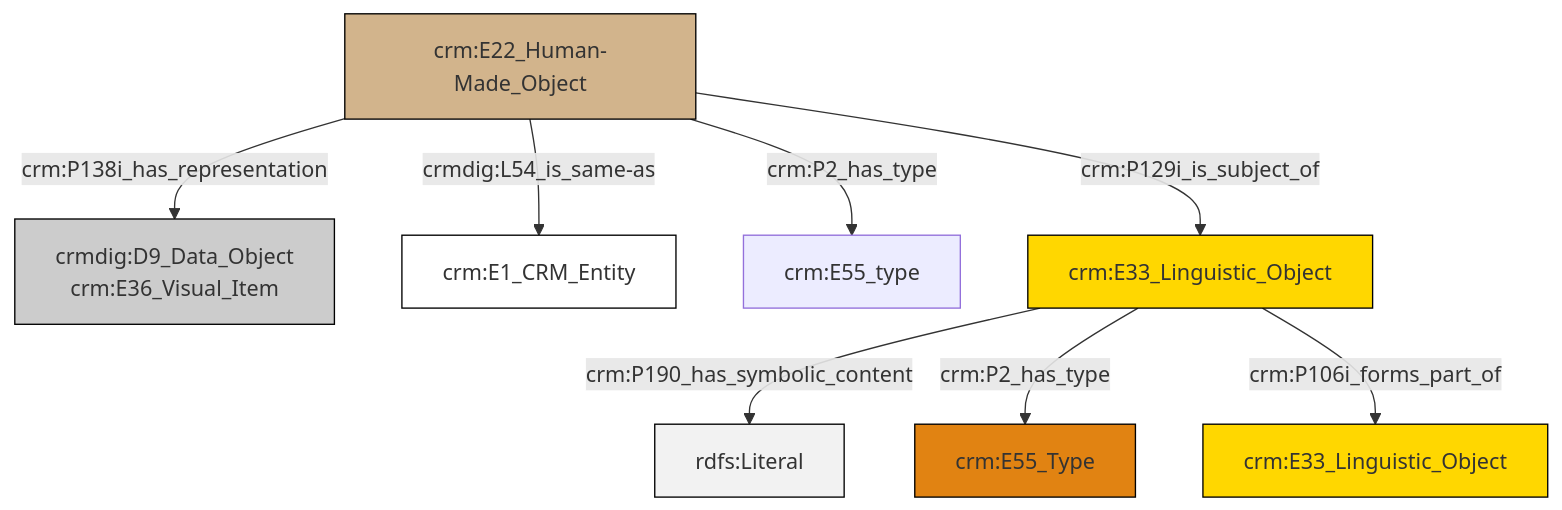
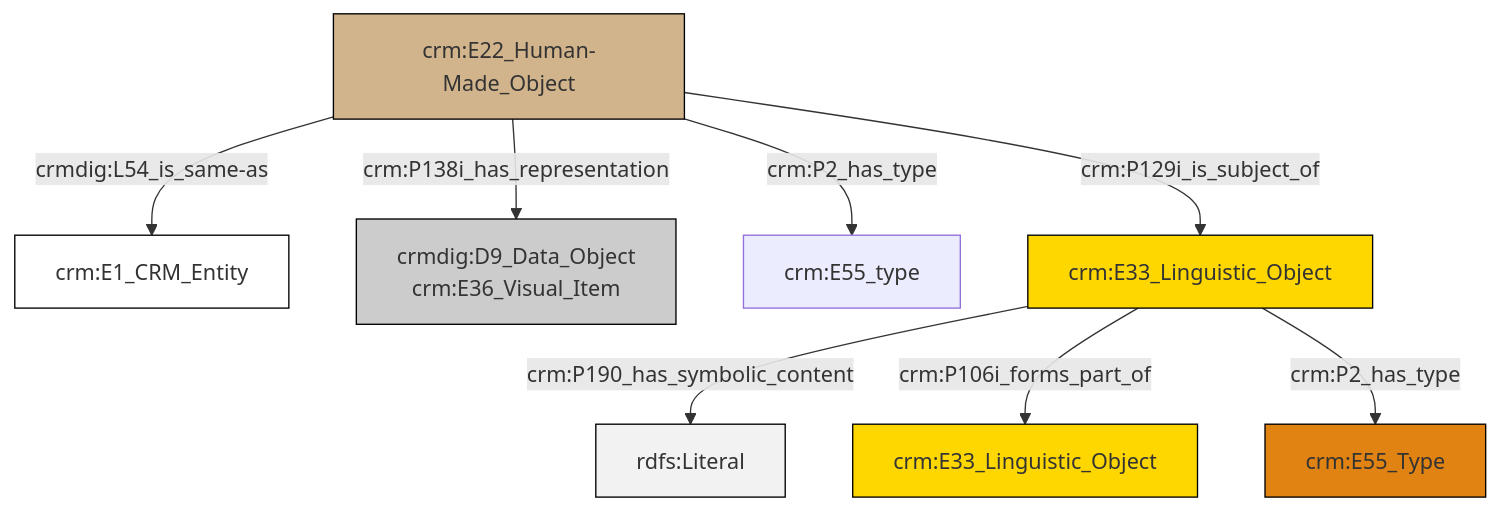
Before and after one commit to swiss-art-research-net/reference-data-models: the diagram in et/artworkCSV/ttl/mmd/Artwork_Documentation.ttl.mmd, drawn with Mermaid. The commit also changed 119 other files, not shown here.

```diff
--- a/et/artworkCSV/ttl/mmd/Artwork_Documentation.ttl.mmd
+++ b/et/artworkCSV/ttl/mmd/Artwork_Documentation.ttl.mmd
@@ -1,22 +1,22 @@
 graph TD
 classDef Literal fill:#f2f2f2,stroke:#000000;
 classDef CRM_Entity fill:#FFFFFF,stroke:#000000;
 classDef Temporal_Entity fill:#00C9E6, stroke:#000000;
 classDef Type fill:#E18312, stroke:#000000;
 classDef Time-Span fill:#2C9C91, stroke:#000000;
 classDef Appellation fill:#FFEB7F, stroke:#000000;
 classDef Place fill:#008836, stroke:#000000;
 classDef Persistent_Item fill:#B266B2, stroke:#000000;
 classDef Conceptual_Object fill:#FFD700, stroke:#000000;
 classDef Physical_Thing fill:#D2B48C, stroke:#000000;
 classDef Actor fill:#f58aad, stroke:#000000;
 classDef PC_Classes fill:#4ce600, stroke:#000000;
 classDef Multi fill:#cccccc,stroke:#000000;
 
-0["crm:E22_Human-Made_Object"]:::Physical_Thing -->|crm:P138i_has_representation| 1["crmdig:D9_Data_Object<br>crm:E36_Visual_Item"]:::Multi
-0["crm:E22_Human-Made_Object"]:::Physical_Thing -->|crmdig:L54_is_same-as| 2["crm:E1_CRM_Entity"]:::CRM_Entity
-0["crm:E22_Human-Made_Object"]:::Physical_Thing -->|crm:P129i_is_subject_of| 6["crm:E33_Linguistic_Object"]:::Conceptual_Object
-6["crm:E33_Linguistic_Object"]:::Conceptual_Object -->|crm:P190_has_symbolic_content| 8[rdfs:Literal]:::Literal
-0["crm:E22_Human-Made_Object"]:::Physical_Thing -->|crm:P2_has_type| 3["crm:E55_type"]:::Default
-6["crm:E33_Linguistic_Object"]:::Conceptual_Object -->|crm:P2_has_type| 10["crm:E55_Type"]:::Type
-6["crm:E33_Linguistic_Object"]:::Conceptual_Object -->|crm:P106i_forms_part_of| 12["crm:E33_Linguistic_Object"]:::Conceptual_Object
+2["crm:E22_Human-Made_Object"]:::Physical_Thing -->|crm:P138i_has_representation| 4["crmdig:D9_Data_Object<br>crm:E36_Visual_Item"]:::Multi
+10["crm:E33_Linguistic_Object"]:::Conceptual_Object -->|crm:P190_has_symbolic_content| 11[rdfs:Literal]:::Literal
+2["crm:E22_Human-Made_Object"]:::Physical_Thing -->|crm:P2_has_type| 7["crm:E55_type"]:::Default
+10["crm:E33_Linguistic_Object"]:::Conceptual_Object -->|crm:P106i_forms_part_of| 12["crm:E33_Linguistic_Object"]:::Conceptual_Object
+2["crm:E22_Human-Made_Object"]:::Physical_Thing -->|crmdig:L54_is_same-as| 0["crm:E1_CRM_Entity"]:::CRM_Entity
+10["crm:E33_Linguistic_Object"]:::Conceptual_Object -->|crm:P2_has_type| 5["crm:E55_Type"]:::Type
+2["crm:E22_Human-Made_Object"]:::Physical_Thing -->|crm:P129i_is_subject_of| 10["crm:E33_Linguistic_Object"]:::Conceptual_Object
```
